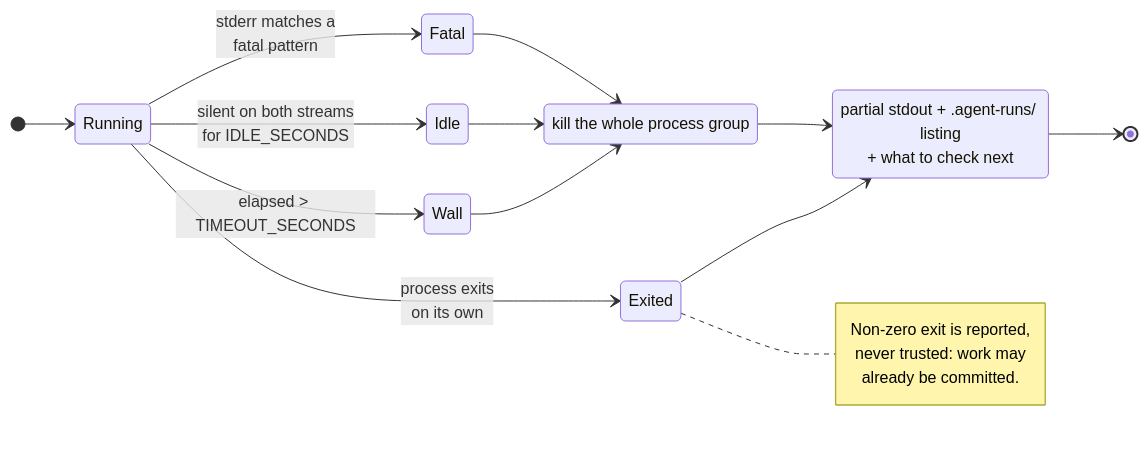
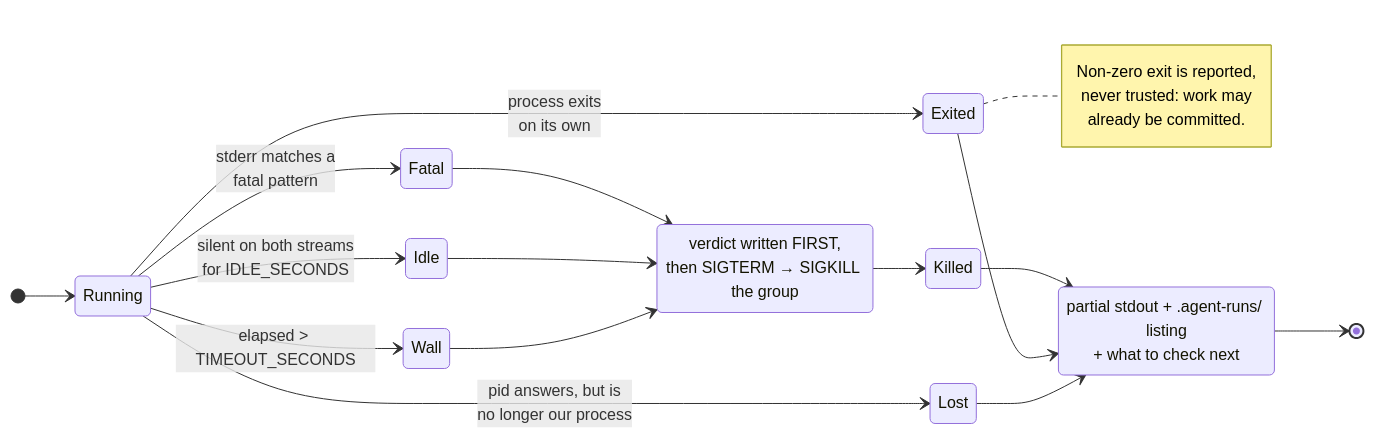
Before and after one commit to artcar12/agent-delegation-mcp: the third of 4 diagrams in README.md, drawn with Mermaid. The commit also changed other lines of this file and 7 other files, not shown here.

````diff
--- a/README.md
+++ b/README.md
@@ -360,26 +398,30 @@
 ```mermaid
 stateDiagram-v2
     direction LR
     [*] --> Running
 
     Running --> Fatal: stderr matches a<br/>fatal pattern
     Running --> Idle: silent on both streams<br/>for IDLE_SECONDS
     Running --> Wall: elapsed > TIMEOUT_SECONDS
     Running --> Exited: process exits<br/>on its own
 
-    Fatal --> Killed
-    Idle --> Killed
-    Wall --> Killed
-    Killed: kill the whole process group
+    Running --> Lost: pid answers, but is<br/>no longer our process
+
+    Fatal --> Stopping
+    Idle --> Stopping
+    Wall --> Stopping
+    Stopping: verdict written FIRST,<br/>then SIGTERM → SIGKILL the group
+    Stopping --> Killed
     Killed --> Report
     Exited --> Report
+    Lost --> Report
 
     Report: partial stdout + .agent-runs/ listing<br/>+ what to check next
     Report --> [*]
 
     note right of Exited
         Non-zero exit is reported,
         never trusted: work may
         already be committed.
     end note
 ```
````
